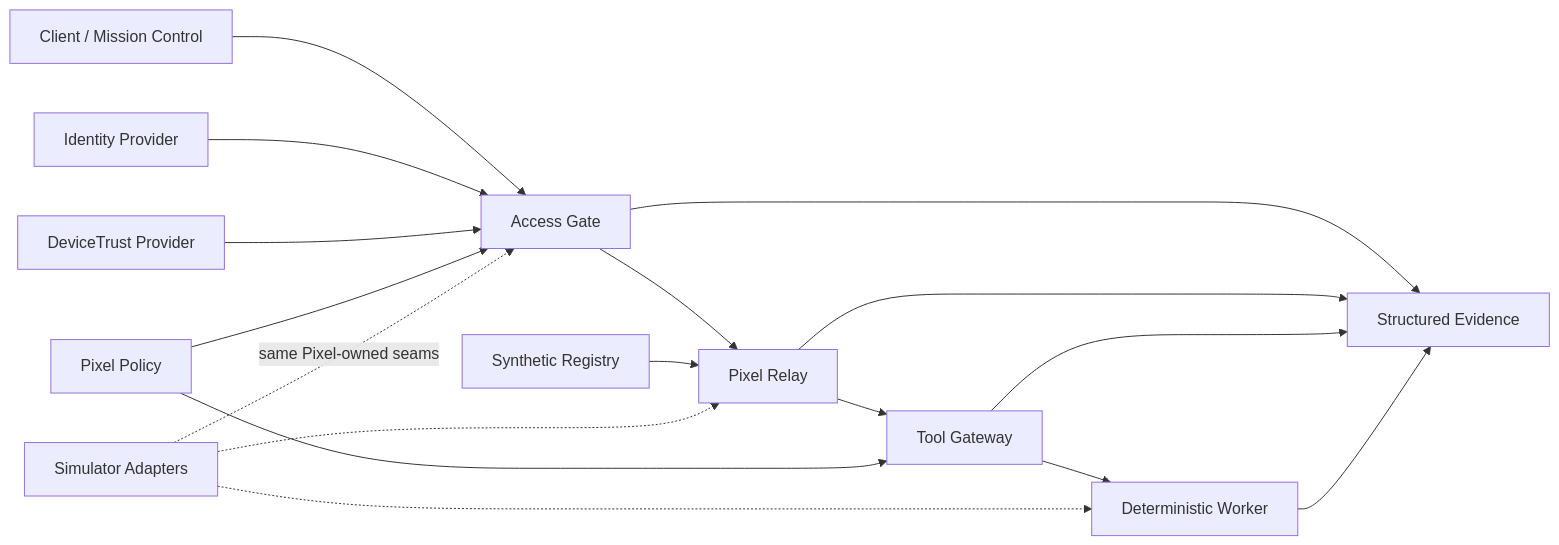
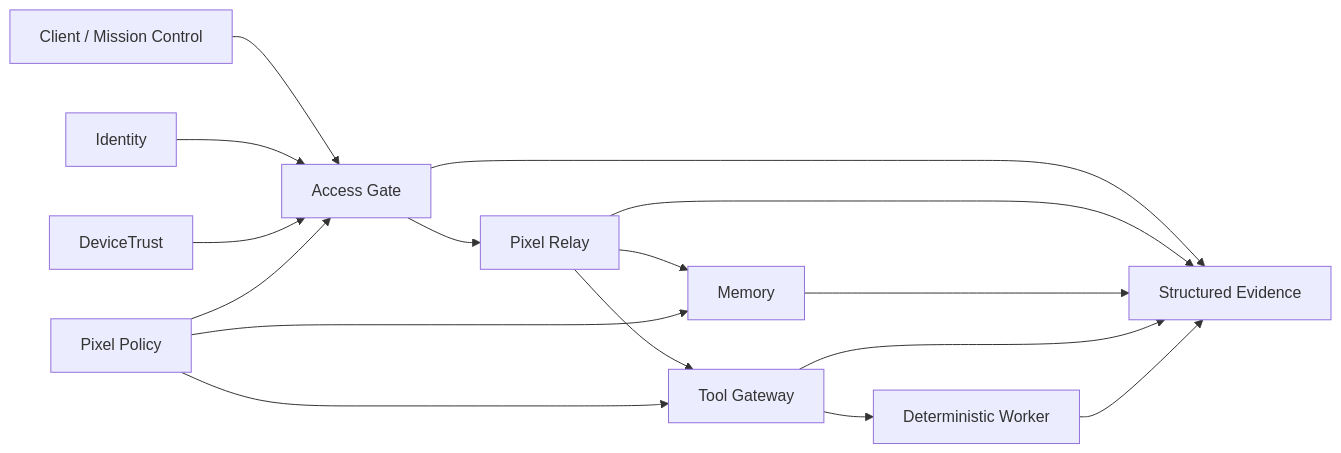
One commit to GrimClawBot/Pixel-HQ-OSS changed the diagram in README.md. Above: the diagram before and after it, drawn with Mermaid. The commit also changed other lines of this file and 21 other files, not shown here.

````diff
--- a/README.md
+++ b/README.md
@@ -67,22 +65,20 @@
 ```mermaid
 flowchart LR
     C[Client / Mission Control] --> A[Access Gate]
     A --> R[Pixel Relay]
+    R --> M[Memory]
     R --> T[Tool Gateway]
     T --> W[Deterministic Worker]
 
-    I[Identity Provider] --> A
-    D[DeviceTrust Provider] --> A
+    I[Identity] --> A
+    D[DeviceTrust] --> A
     P[Pixel Policy] --> A
+    P --> M
     P --> T
-    G[Synthetic Registry] --> R
 
     A --> E[Structured Evidence]
     R --> E
+    M --> E
     T --> E
     W --> E
-
-    S[Simulator Adapters] -. same Pixel-owned seams .-> A
-    S -.-> R
-    S -.-> W
 ```
````
